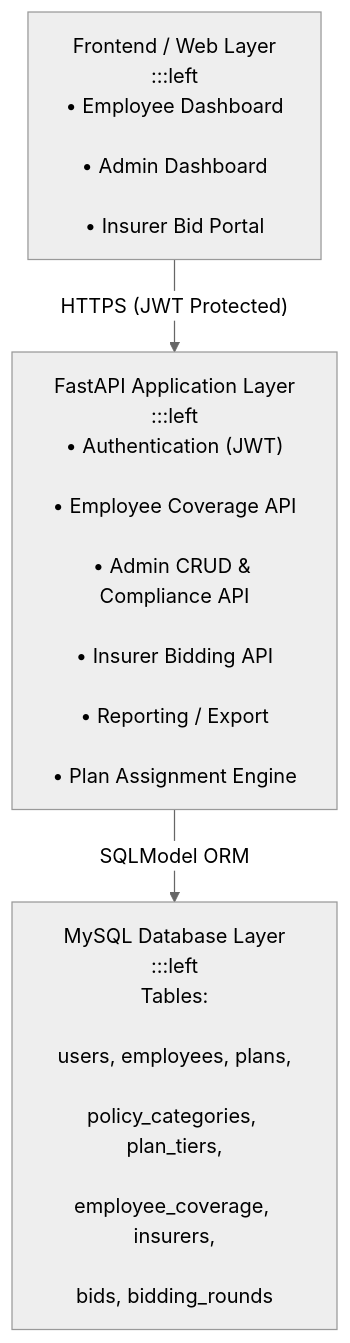
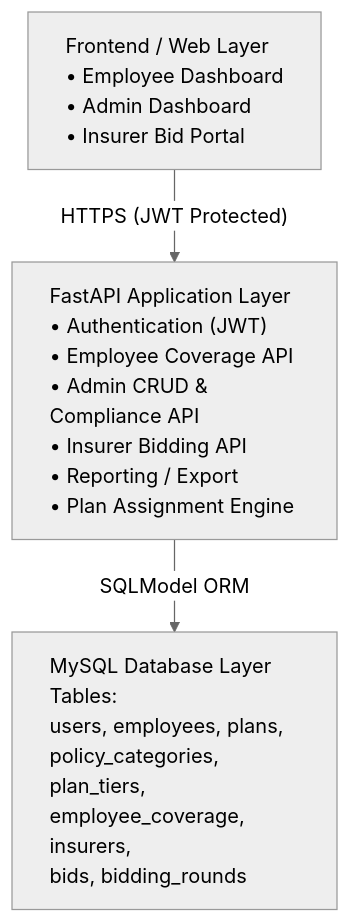
The diagram in README.md (Sally-Gaohuang/tcx3901), drawn with Mermaid (neutral theme) before and after one commit.

````diff
--- a/README.md
+++ b/README.md
@@ -81,29 +81,30 @@
 ```mermaid
 flowchart TD
 
-Frontend["Frontend / Web Layer<br>:::left
-• Employee Dashboard<br>
-• Admin Dashboard<br>
+Frontend["Frontend / Web Layer
+• Employee Dashboard
+• Admin Dashboard
 • Insurer Bid Portal"]
 
-
-FastAPI["FastAPI Application Layer<br>:::left
-• Authentication (JWT)<br>
-• Employee Coverage API<br>
-• Admin CRUD & Compliance API<br>
-• Insurer Bidding API<br>
-• Reporting / Export<br>
+FastAPI["FastAPI Application Layer
+• Authentication (JWT)
+• Employee Coverage API
+• Admin CRUD & Compliance API
+• Insurer Bidding API
+• Reporting / Export
 • Plan Assignment Engine"]
 
-
-Database["MySQL Database Layer<br>:::left
-Tables:<br>
-users, employees, plans,<br>
-policy_categories, plan_tiers,<br>
-employee_coverage, insurers,<br>
+Database["MySQL Database Layer
+Tables:
+users, employees, plans,
+policy_categories, plan_tiers,
+employee_coverage, insurers,
 bids, bidding_rounds"]
-
 
 Frontend -->|"HTTPS (JWT Protected)"| FastAPI
 FastAPI -->|"SQLModel ORM"| Database
+
+%% LEFT ALIGN STYLE
+classDef leftAlign text-align:left;
+class Frontend,FastAPI,Database leftAlign;
 ```
````
